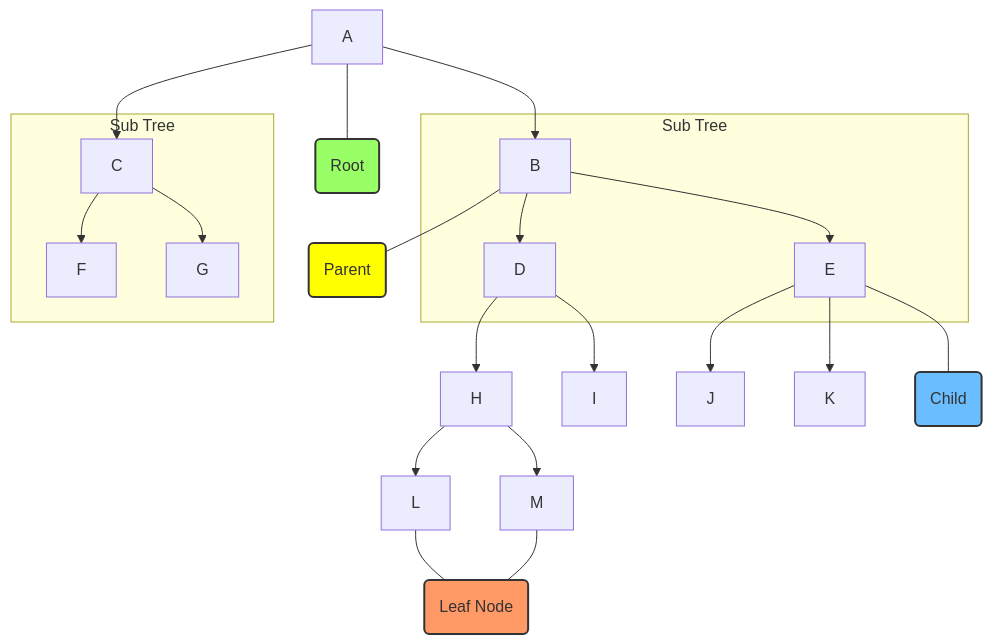
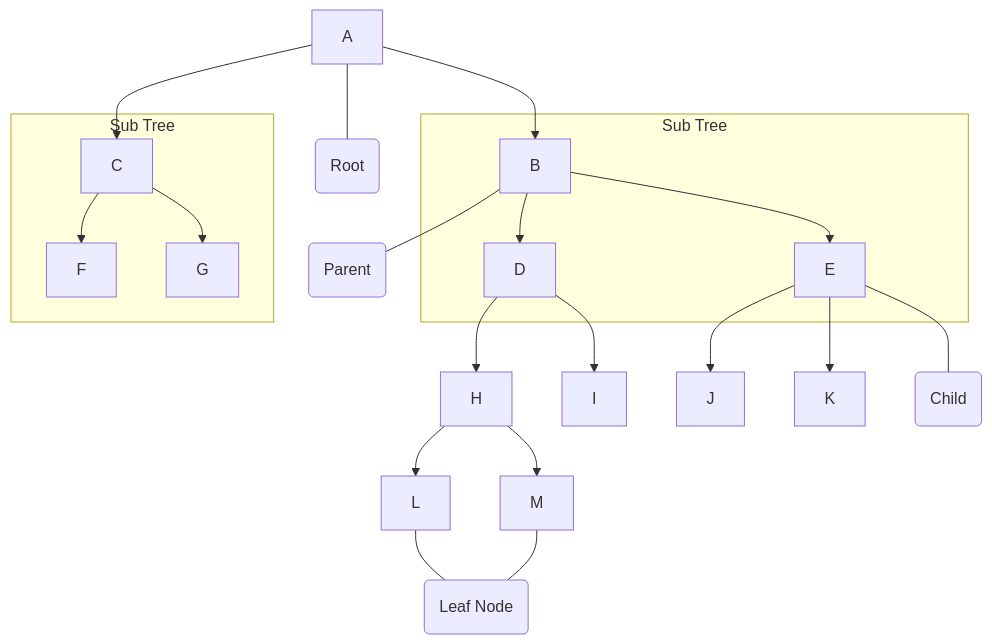
One commit to thejunghare/DataStructure changed the diagram in NonLinear-ds/Tree/README.md. Above: the diagram before and after it, drawn with Mermaid.

````diff
--- a/NonLinear-ds/Tree/README.md
+++ b/NonLinear-ds/Tree/README.md
@@ -5,35 +5,25 @@
 ```mermaid
 graph 
-    A[A] --> B[A]
+   A[A] --> B[A]
     A --> C[C]
     subgraph Sub Tree
     B --> D[D]
     B --> E[E]
     end
     D --> J[H]
     D --> K[I]
     J --> L[L]
     J --> M[M]
     E --> N[J]
     E --> O[K]
     subgraph Sub Tree
     C --> P[F]
     C --> Q[G]
     end
     %%   E-. text .-> D
     A[A] --- R(Root)
     B[B] --- I(Parent)
     E[E]--- S(Child)
     L[L] --- T(Leaf Node)
     M[M] --- T(Leaf Node)
-
-
-    classDef green fill:#9f6,stroke:#333,stroke-width:2px;
-    classDef orange fill:#f96,stroke:#333,stroke-width:2px;
-    classDef blue fill:#6abeff,stroke:#333,stroke-width:2px;
-    classDef yellow fill:#ffff00,stroke:#333,stroke-width:2px;
-    class R green
-    class T orange
-    class S blue
-    class I yellow
 ```
````
